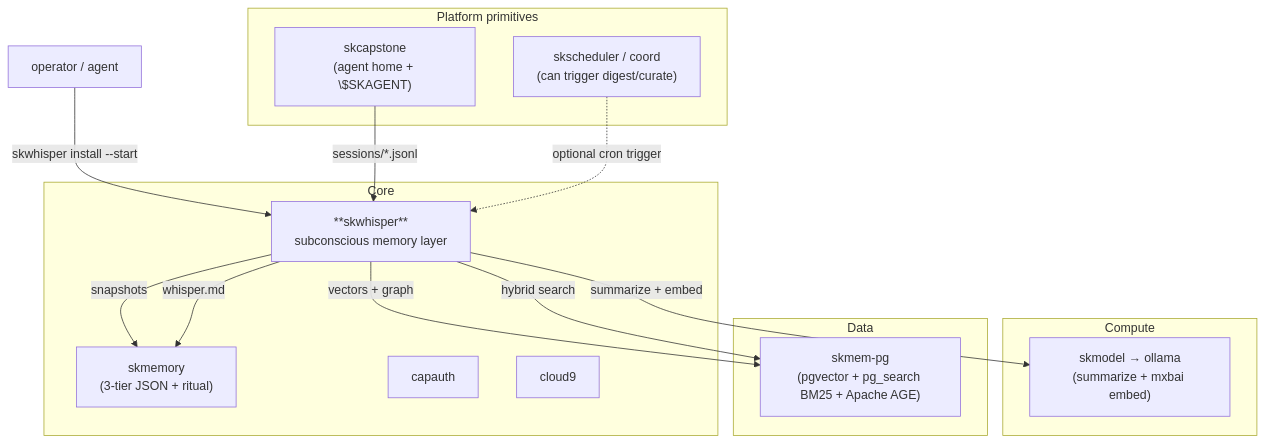
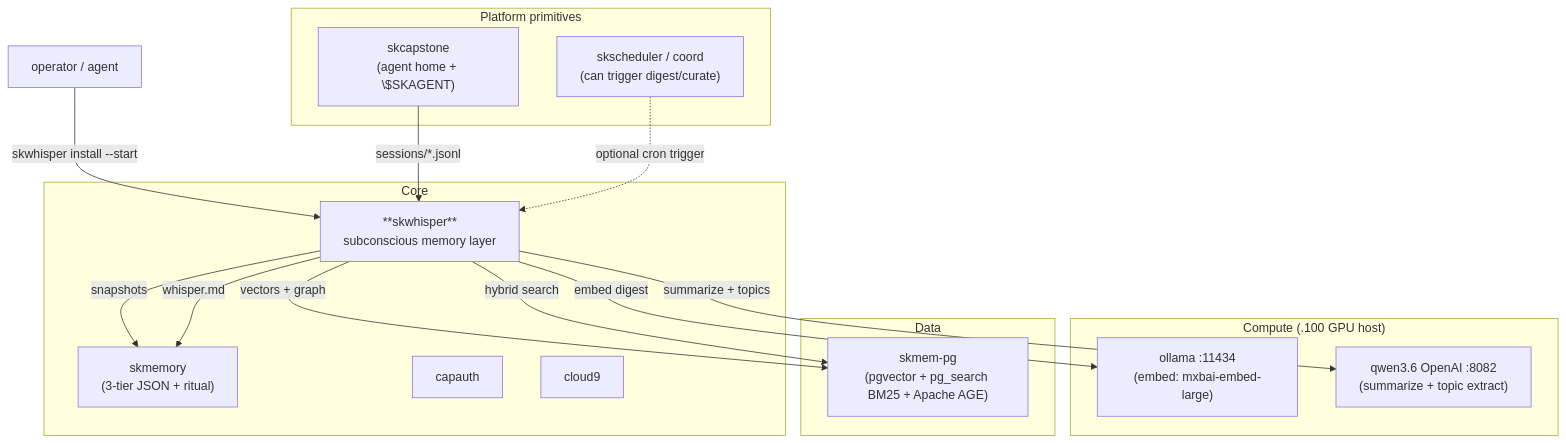
Before and after one commit to smilinTux/skwhisper: the fifth of 5 diagrams in docs/ARCHITECTURE.md, drawn with Mermaid. The commit also changed other lines of this file and 13 other files, not shown here.

First line of the commit message:
digest: harden SessionEnd hook + route summarize to qwen3.6 (.100:8082)

````diff
--- a/docs/ARCHITECTURE.md
+++ b/docs/ARCHITECTURE.md
@@ -181,27 +247,29 @@
 ```mermaid
 flowchart TD
     OP["operator / agent"] -->|"skwhisper install --start"| SKW
     subgraph CORE["Core"]
       SKW["**skwhisper**<br/>subconscious memory layer"]
       SKMEMORY["skmemory<br/>(3-tier JSON + ritual)"]
       CAPAUTH["capauth"]
       CLOUD9["cloud9"]
     end
-    subgraph COMPUTE["Compute"]
-      SKMODEL["skmodel → ollama<br/>(summarize + mxbai embed)"]
+    subgraph COMPUTE["Compute (.100 GPU host)"]
+      EMBED["ollama :11434<br/>(embed: mxbai-embed-large)"]
+      SUMM["qwen3.6 OpenAI :8082<br/>(summarize + topic extract)"]
     end
     subgraph DATA["Data"]
       SKMEMPG["skmem-pg<br/>(pgvector + pg_search BM25 + Apache AGE)"]
     end
     subgraph PLATFORM["Platform primitives"]
       SCHED["skscheduler / coord<br/>(can trigger digest/curate)"]
       SKCAP["skcapstone<br/>(agent home + \$SKAGENT)"]
     end
     SKCAP -->|"sessions/*.jsonl"| SKW
-    SKW -->|"summarize + embed"| SKMODEL
+    SKW -->|"embed digest"| EMBED
+    SKW -->|"summarize + topics"| SUMM
     SKW -->|"snapshots"| SKMEMORY
     SKW -->|"vectors + graph"| SKMEMPG
     SKW -->|"hybrid search"| SKMEMPG
     SCHED -.->|"optional cron trigger"| SKW
     SKW -->|"whisper.md"| SKMEMORY
 ```
````
